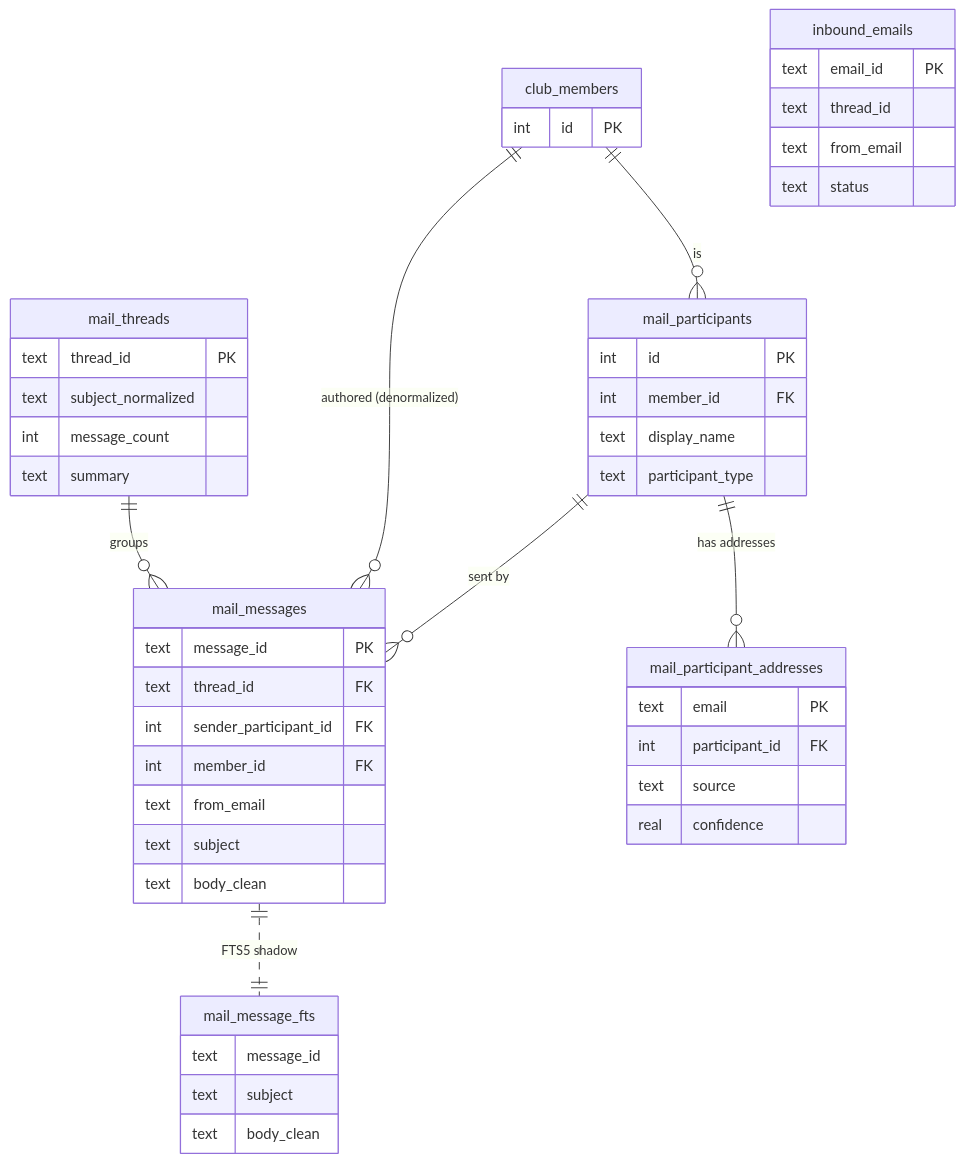
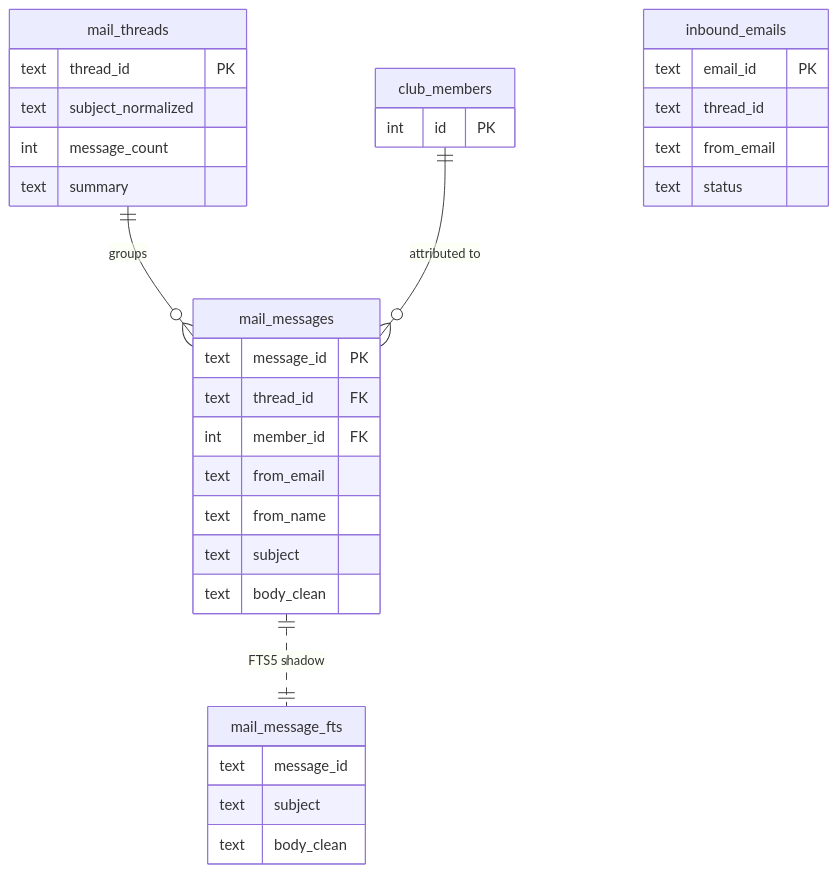
The third of 3 diagrams in docs/ERD.md (jthingelstad/rwbookclub.com), drawn with Mermaid before and after one commit. The commit also changed other lines of this file and 8 other files, not shown here.

````diff
--- a/docs/ERD.md
+++ b/docs/ERD.md
@@ -237,49 +236,34 @@
 ```mermaid
 erDiagram
-    mail_threads   ||--o{ mail_messages              : "groups"
-    mail_participants ||--o{ mail_messages           : "sent by"
-    club_members   ||--o{ mail_messages              : "authored (denormalized)"
-    mail_participants ||--o{ mail_participant_addresses : "has addresses"
-    club_members   ||--o{ mail_participants          : "is"
-    mail_messages  ||..|| mail_message_fts           : "FTS5 shadow"
+    mail_threads   ||--o{ mail_messages    : "groups"
+    club_members   ||--o{ mail_messages    : "attributed to"
+    mail_messages  ||..|| mail_message_fts : "FTS5 shadow"
 
     club_members { int id PK }
     mail_threads {
         text thread_id PK
         text subject_normalized
         int message_count
         text summary
     }
     mail_messages {
         text message_id PK
         text thread_id FK
-        int sender_participant_id FK
         int member_id FK
         text from_email
+        text from_name
         text subject
         text body_clean
-    }
-    mail_participants {
-        int id PK
-        int member_id FK
-        text display_name
-        text participant_type
-    }
-    mail_participant_addresses {
-        text email PK
-        int participant_id FK
-        text source
-        real confidence
     }
     mail_message_fts {
         text message_id
         text subject
         text body_clean
     }
     inbound_emails {
         text email_id PK
         text thread_id
         text from_email
         text status
     }
 ```
````
